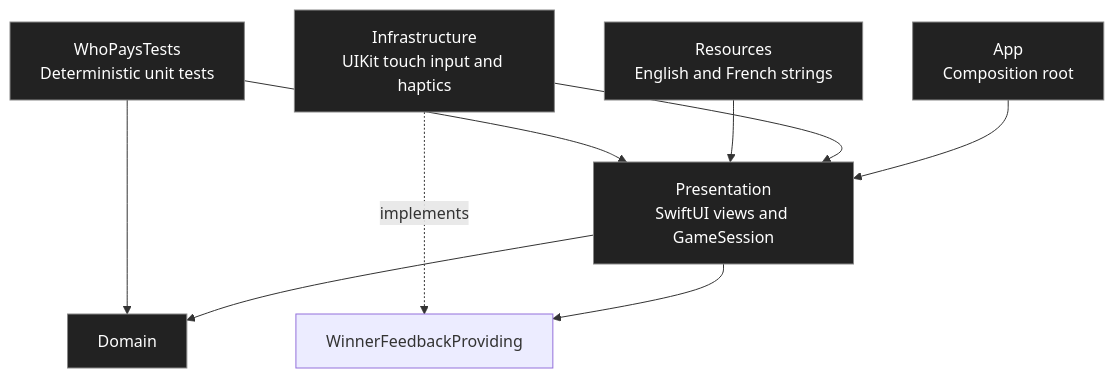
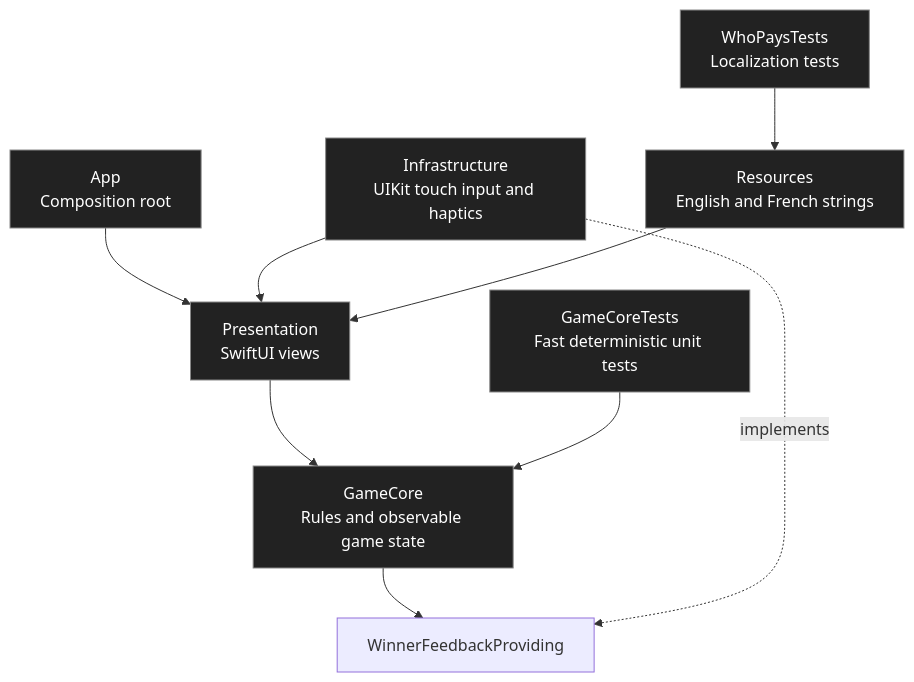
Before and after one commit to thlaure/WhoPays: the third of 3 diagrams in README.md, drawn with Mermaid. The commit also changed other lines of this file and 18 other files, not shown here.

````diff
--- a/README.md
+++ b/README.md
@@ -95,18 +95,19 @@
 ```mermaid
 flowchart TD
     App[App<br/>Composition root] --> Presentation
-    Presentation[Presentation<br/>SwiftUI views and GameSession] --> Domain
-    Presentation --> FeedbackPort[WinnerFeedbackProviding]
+    Presentation[Presentation<br/>SwiftUI views] --> Core
+    Core[GameCore<br/>Rules and observable game state] --> FeedbackPort[WinnerFeedbackProviding]
     Infrastructure[Infrastructure<br/>UIKit touch input and haptics] --> Presentation
     Infrastructure -. implements .-> FeedbackPort
     Resources[Resources<br/>English and French strings] --> Presentation
-    Tests[WhoPaysTests<br/>Deterministic unit tests] --> Domain
-    Tests --> Presentation
+    CoreTests[GameCoreTests<br/>Fast deterministic unit tests] --> Core
+    AppTests[WhoPaysTests<br/>Localization tests] --> Resources
 
-    style Domain fill:#222,color:#fff,stroke:#888
+    style Core fill:#222,color:#fff,stroke:#888
     style Presentation fill:#222,color:#fff,stroke:#888
     style Infrastructure fill:#222,color:#fff,stroke:#888
     style App fill:#222,color:#fff,stroke:#888
     style Resources fill:#222,color:#fff,stroke:#888
-    style Tests fill:#222,color:#fff,stroke:#888
+    style CoreTests fill:#222,color:#fff,stroke:#888
+    style AppTests fill:#222,color:#fff,stroke:#888
 ```
````
